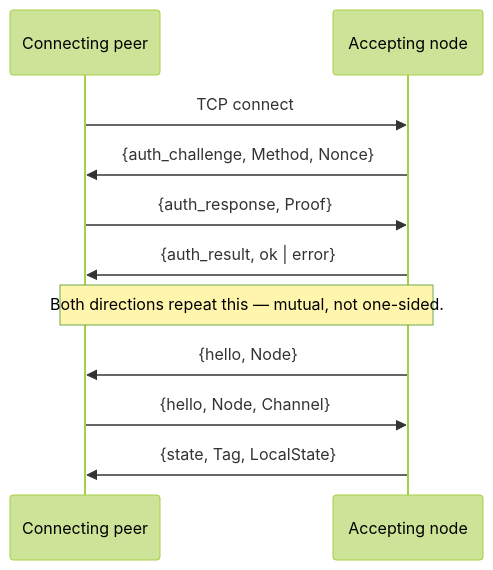
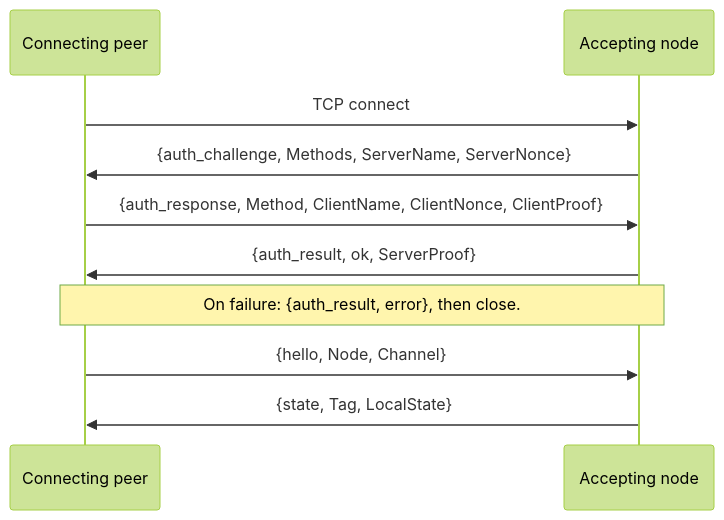
One commit to lasp-lang/partisan changed the second of 2 diagrams in doc_extras/adrs/ADR-000005.md. Above: the diagram before and after it, drawn with Mermaid (forest theme). The commit also changed other lines of this file and 22 other files, not shown here.

````diff
--- a/doc_extras/adrs/ADR-000005.md
+++ b/doc_extras/adrs/ADR-000005.md
@@ -57,13 +57,12 @@
 ```mermaid
 sequenceDiagram
     participant C as Connecting peer
     participant S as Accepting node
     C->>S: TCP connect
-    S->>C: {auth_challenge, Method, Nonce}
-    C->>S: {auth_response, Proof}
-    S->>C: {auth_result, ok | error}
-    Note over S,C: Both directions repeat this — mutual, not one-sided.
-    S->>C: {hello, Node}
+    S->>C: {auth_challenge, Methods, ServerName, ServerNonce}
+    C->>S: {auth_response, Method, ClientName, ClientNonce, ClientProof}
+    S->>C: {auth_result, ok, ServerProof}
+    Note over S,C: On failure: {auth_result, error}, then close.
     C->>S: {hello, Node, Channel}
     S->>C: {state, Tag, LocalState}
 ```
````
